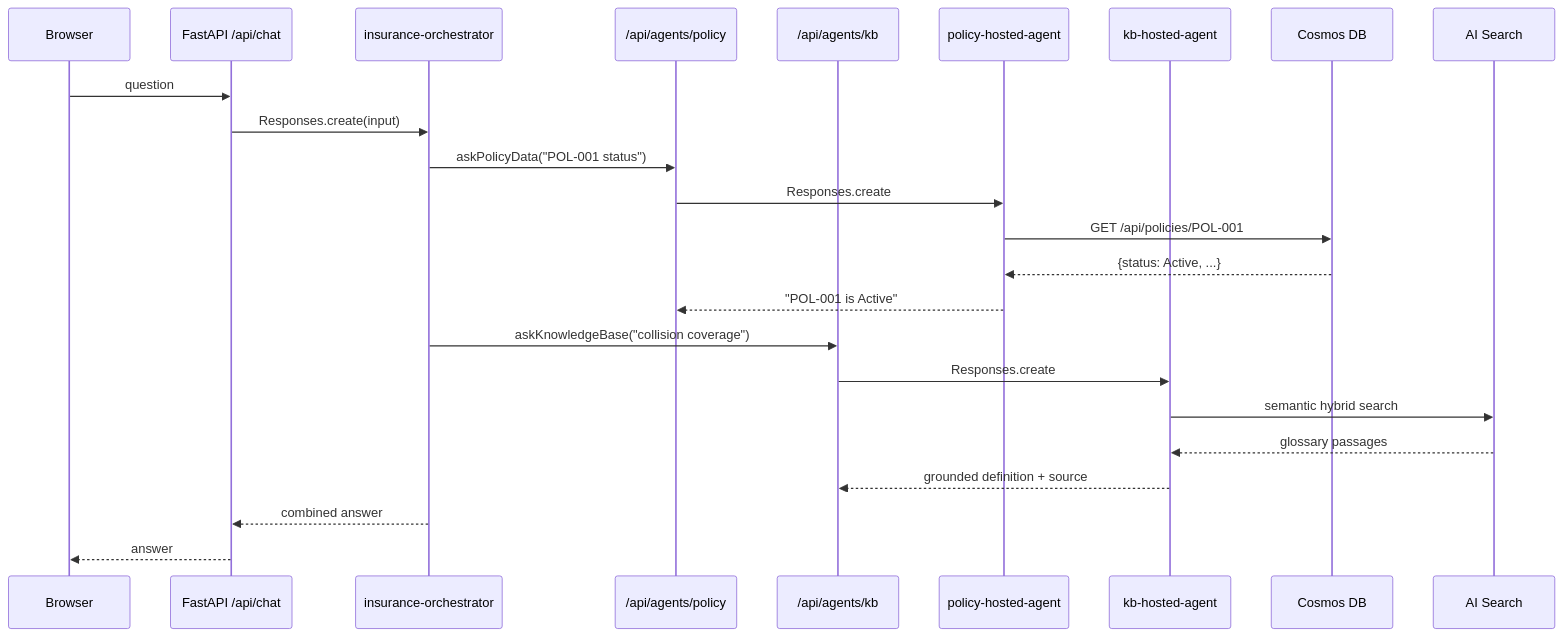
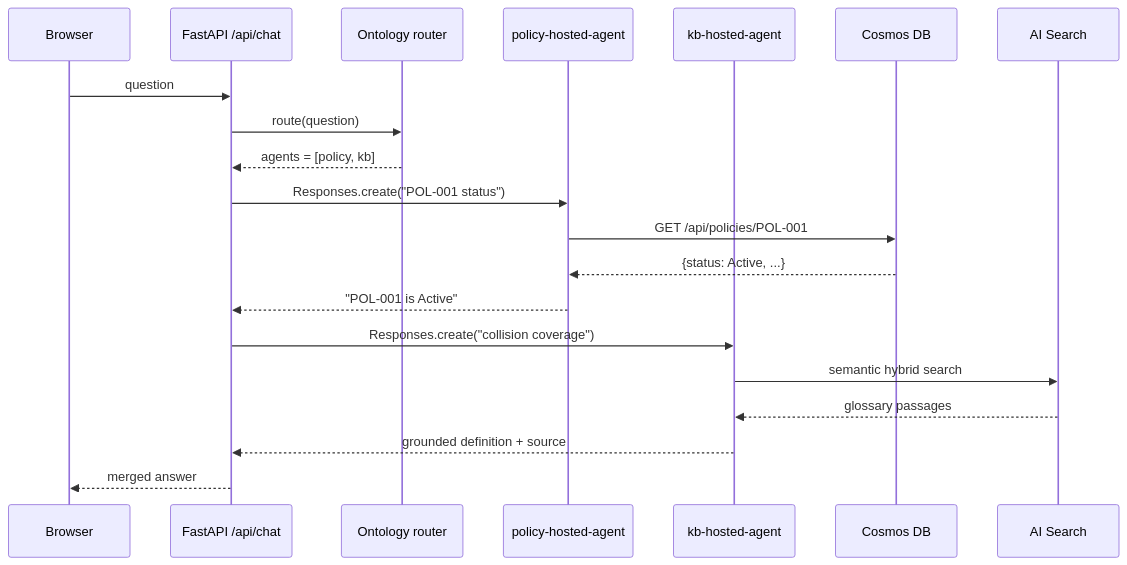
One commit to gethiten/FOUNDRY-SEARCH-COSMOS-DEMO changed the fifth of 6 diagrams in ARCHITECTURE.md. Above: the diagram before and after it, drawn with Mermaid. The commit also changed other lines of this file and 5 other files, not shown here.

````diff
--- a/ARCHITECTURE.md
+++ b/ARCHITECTURE.md
@@ -155,27 +184,23 @@
 ```mermaid
 sequenceDiagram
     participant U as Browser
     participant API as FastAPI /api/chat
-    participant O as insurance-orchestrator
-    participant PE as /api/agents/policy
-    participant KE as /api/agents/kb
+    participant R as Ontology router
     participant PH as policy-hosted-agent
     participant KH as kb-hosted-agent
     participant CX as Cosmos DB
     participant SX as AI Search
 
     U->>API: question
-    API->>O: Responses.create(input)
-    O->>PE: askPolicyData("POL-001 status")
-    PE->>PH: Responses.create
+    API->>R: route(question)
+    R-->>API: agents = [policy, kb]
+    API->>PH: Responses.create("POL-001 status")
     PH->>CX: GET /api/policies/POL-001
     CX-->>PH: {status: Active, ...}
-    PH-->>PE: "POL-001 is Active"
-    O->>KE: askKnowledgeBase("collision coverage")
-    KE->>KH: Responses.create
+    PH-->>API: "POL-001 is Active"
+    API->>KH: Responses.create("collision coverage")
     KH->>SX: semantic hybrid search
     SX-->>KH: glossary passages
-    KH-->>KE: grounded definition + source
-    O-->>API: combined answer
-    API-->>U: answer
+    KH-->>API: grounded definition + source
+    API-->>U: merged answer
 ```
````
